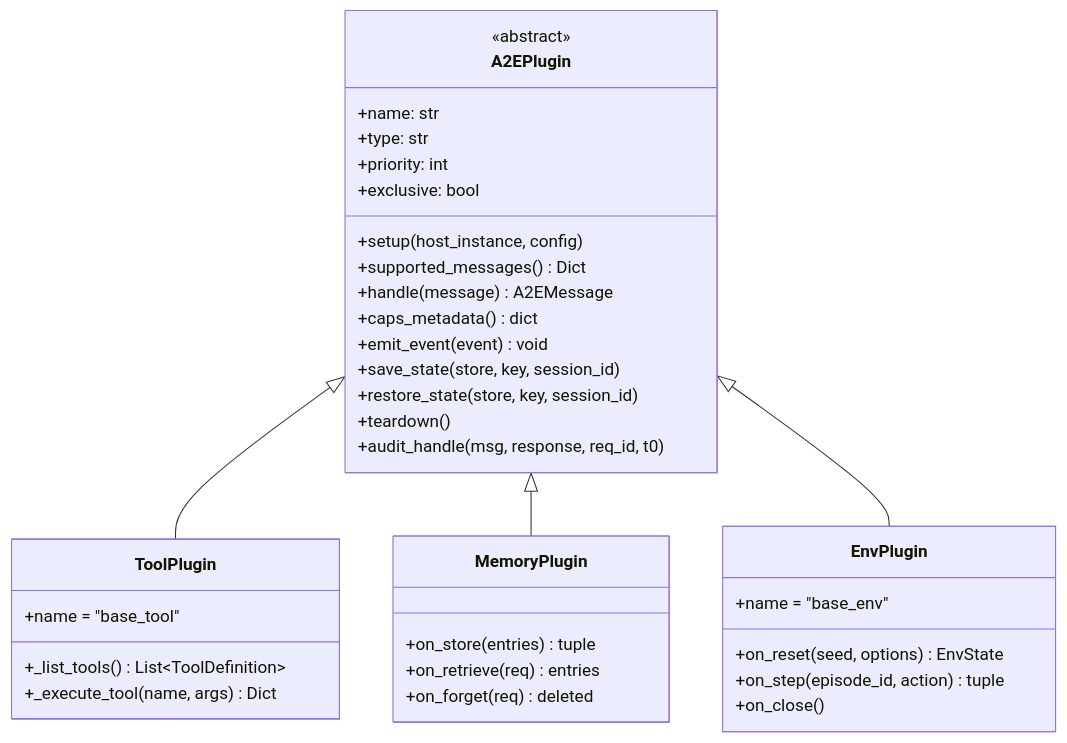
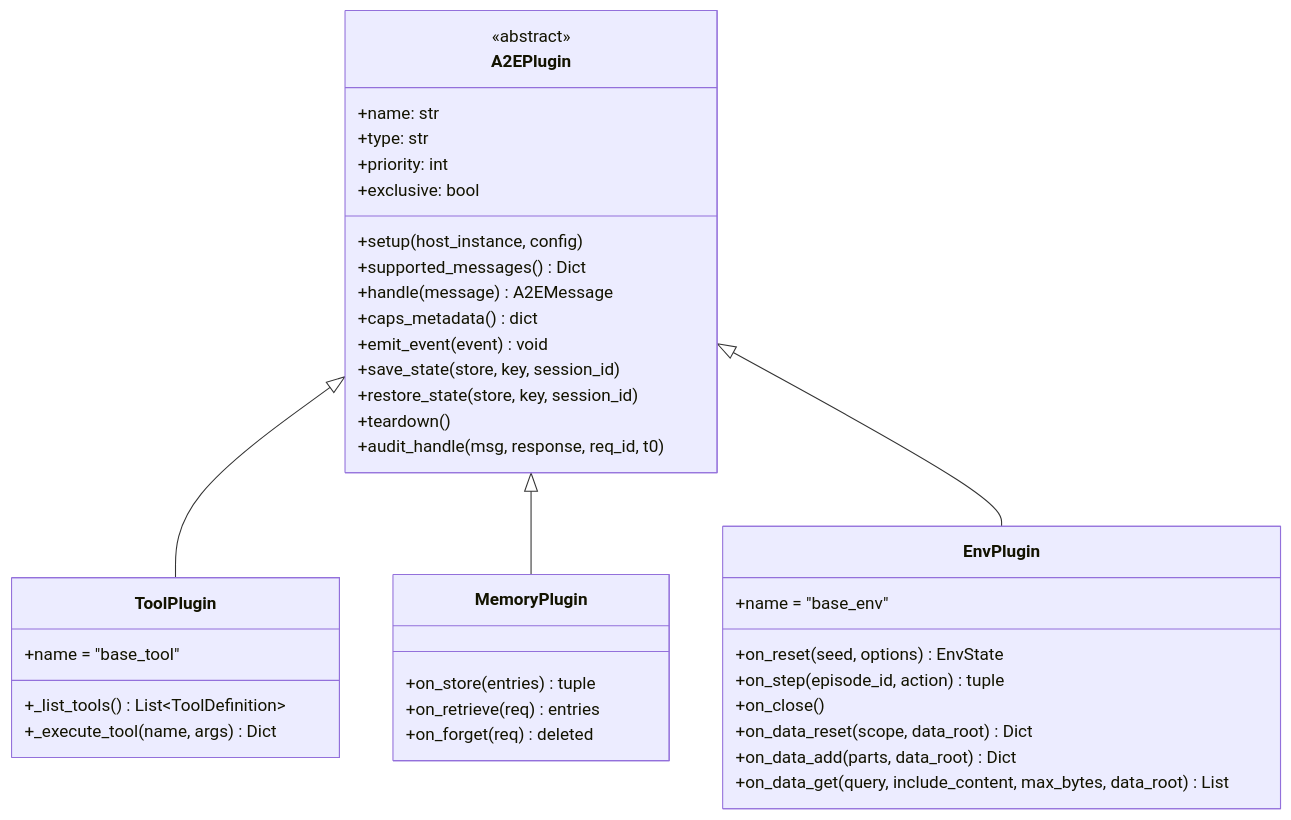
The first of 3 diagrams in codewiki/architecture/plugin-system.md (a2eprotocol/python-sdk), drawn with Mermaid before and after one commit. The commit also changed other lines of this file and 15 other files, not shown here.

````diff
--- a/codewiki/architecture/plugin-system.md
+++ b/codewiki/architecture/plugin-system.md
@@ -11,42 +11,45 @@
 ```mermaid
 classDiagram
     class A2EPlugin {
         <<abstract>>
         +name: str
         +type: str
         +priority: int
         +exclusive: bool
         +setup(host_instance, config)
         +supported_messages() Dict
         +handle(message) A2EMessage
         +caps_metadata() dict
         +emit_event(event) void
         +save_state(store, key, session_id)
         +restore_state(store, key, session_id)
         +teardown()
         +audit_handle(msg, response, req_id, t0)
     }
 
     class ToolPlugin {
         +name = "base_tool"
         +_list_tools() List~ToolDefinition~
         +_execute_tool(name, args) Dict
     }
 
     class MemoryPlugin {
         +on_store(entries) tuple
         +on_retrieve(req) entries
         +on_forget(req) deleted
     }
 
     class EnvPlugin {
         +name = "base_env"
         +on_reset(seed, options) EnvState
         +on_step(episode_id, action) tuple
         +on_close()
+        +on_data_reset(scope, data_root) Dict
+        +on_data_add(parts, data_root) Dict
+        +on_data_get(query, include_content, max_bytes, data_root) List
     }
 
     A2EPlugin <|-- ToolPlugin
     A2EPlugin <|-- MemoryPlugin
     A2EPlugin <|-- EnvPlugin
 ```
````
